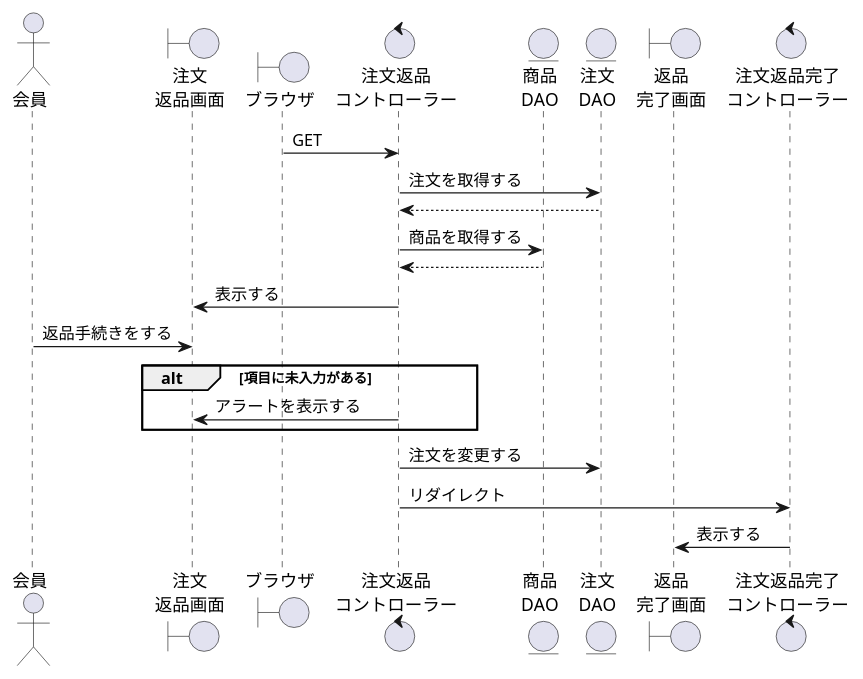
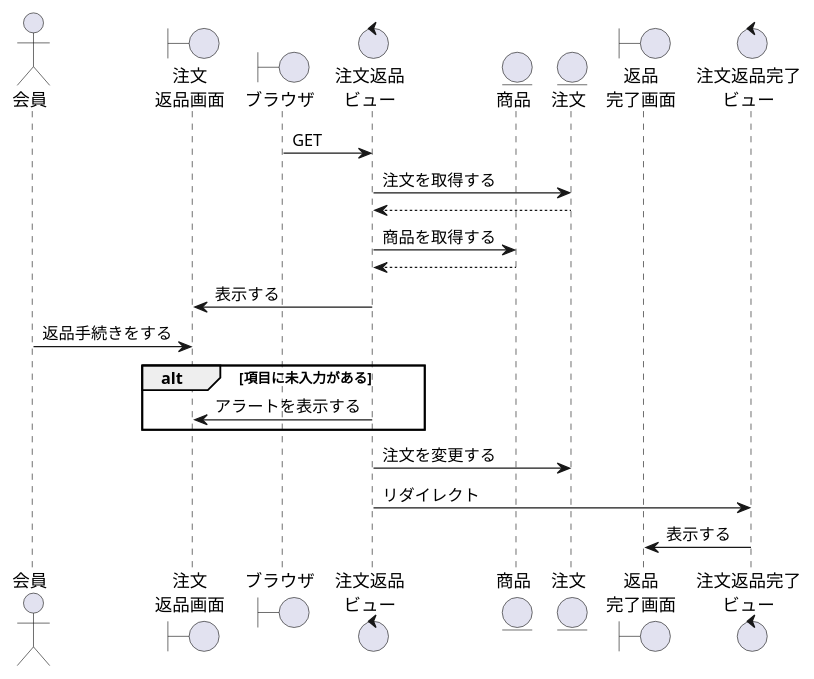
Before and after one commit to ysyk-wtnb16/team_D: the diagram in BBショップ/返品.wsd, drawn with PlantUML. The commit also changed 1 other file, not shown here.

```diff
--- a/BBショップ/返品.wsd
+++ b/BBショップ/返品.wsd
@@ -1,32 +1,32 @@
 @startuml return
 ' ①縦軸の並び順を決める
 actor "会員" as act
 boundary "注文\n返品画面" as orb
 ' コントローラーに初回アクセスするもの
 boundary "ブラウザ" as brz
 ' コントローラーまたはビューの名称を決める
-control "注文返品\nコントローラー" as orc
+control "注文返品\nビュー" as orc
 ' DAOまたはモデルとなる
-entity "商品\nDAO" as pdt
-entity "注文\nDAO" as order
+entity "商品" as pdt
+entity "注文" as order
 boundary "返品\n完了画面" as orkb
-control "注文返品完了\nコントローラー" as orkc
+control "注文返品完了\nビュー" as orkc
 
 brz -> orc: GET
 orc -> order:注文を取得する
 orc <-- order
 orc -> pdt:商品を取得する
 orc <-- pdt
 orb <- orc:表示する
 act -> orb:返品手続きをする
 
 
 alt 項目に未入力がある
     orb <- orc:アラートを表示する
 end
 
 orc -> order: 注文を変更する
 orc -> orkc: リダイレクト
 orkb <- orkc:表示する
 
 @enduml
```
